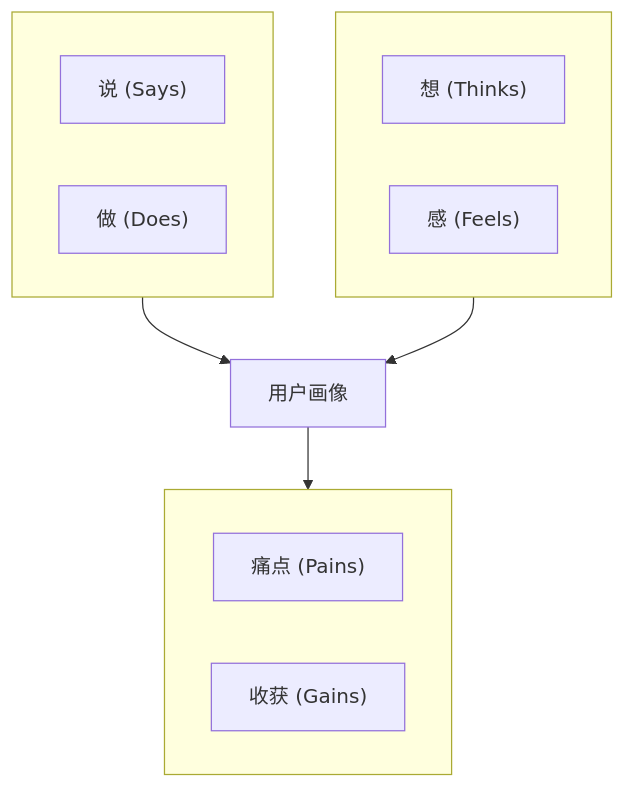
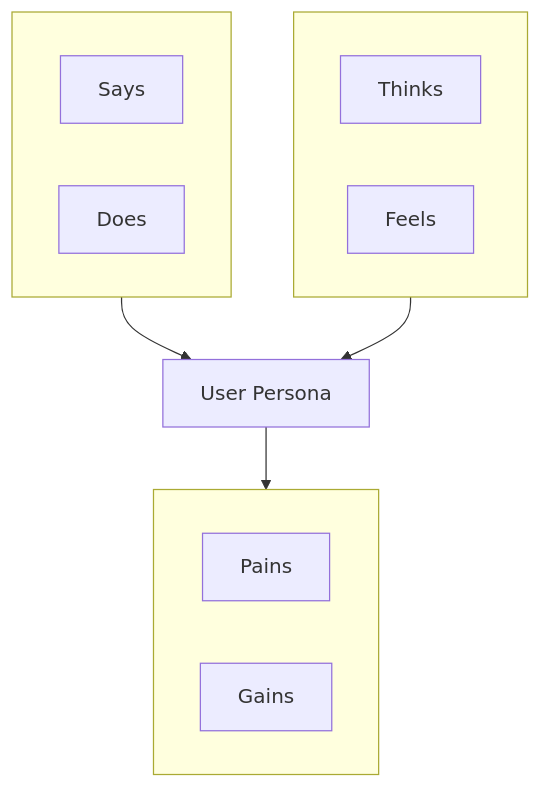
One commit to Kirky-X/kueiku changed the diagram in references/user-research/empathy-map.md. Above: the diagram before and after it, drawn with Mermaid. The commit also changed other lines of this file and 126 other files, not shown here.

````diff
--- a/references/user-research/empathy-map.md
+++ b/references/user-research/empathy-map.md
@@ -9,22 +9,22 @@
 ```mermaid
 flowchart TD
     subgraph R1[" "]
         direction LR
-        Says["说 (Says)"]
-        Does["做 (Does)"]
+        Says["Says"]
+        Does["Does"]
     end
     subgraph R2[" "]
         direction LR
-        Thinks["想 (Thinks)"]
-        Feels["感 (Feels)"]
+        Thinks["Thinks"]
+        Feels["Feels"]
     end
-    Persona["用户画像"]
+    Persona["User Persona"]
     subgraph R3[" "]
         direction LR
-        Pains["痛点 (Pains)"]
-        Gains["收获 (Gains)"]
+        Pains["Pains"]
+        Gains["Gains"]
     end
     R1 --> Persona
     R2 --> Persona
     Persona --> R3
 ```
````
